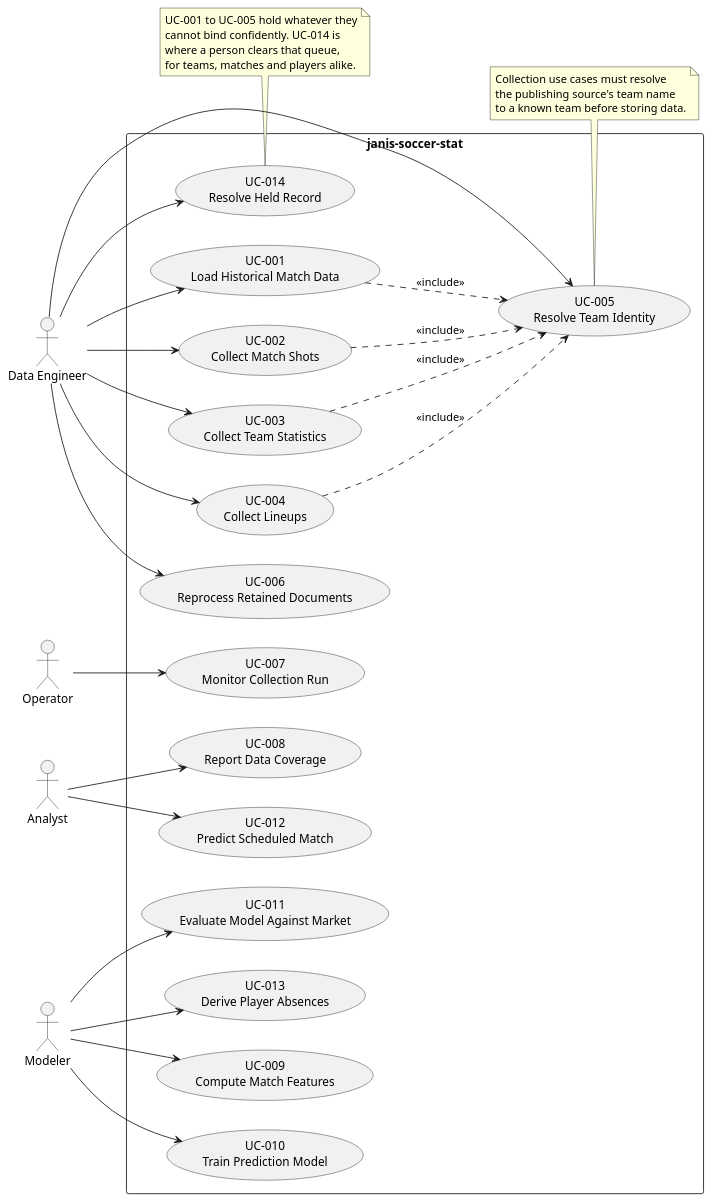
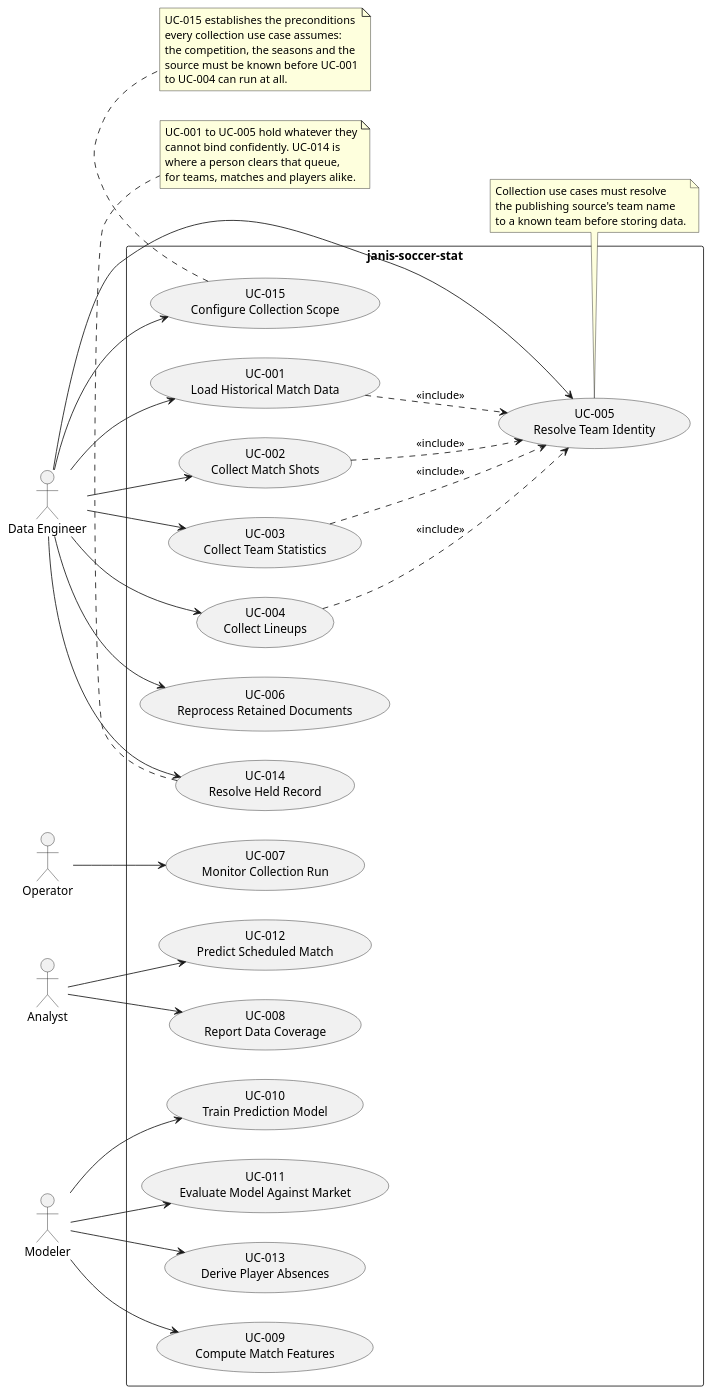
The diagram in docs/use_cases.puml (MrRios507/janis-soccer-stat), drawn with PlantUML before and after one commit. The commit also changed 5 other files, not shown here.

First line of the commit message:
Declare collection scope as a use case (UC-015)

```diff
--- a/docs/use_cases.puml
+++ b/docs/use_cases.puml
@@ -1,76 +1,87 @@
 @startuml Use Cases Overview
 left to right direction
 
 actor "Data Engineer" as engineer
 actor "Operator" as operator
 actor "Analyst" as analyst
 actor "Modeler" as modeler
 
 rectangle "janis-soccer-stat" {
     ' Traces to FR-001, FR-011, FR-012, FR-013
     usecase "UC-001\nLoad Historical Match Data" as UC001
     ' Traces to FR-002
     usecase "UC-002\nCollect Match Shots" as UC002
     ' Traces to FR-003
     usecase "UC-003\nCollect Team Statistics" as UC003
     ' Traces to FR-004
     usecase "UC-004\nCollect Lineups" as UC004
     ' Traces to FR-008, FR-009, FR-010
     usecase "UC-005\nResolve Team Identity" as UC005
     ' Traces to FR-006, FR-007
     usecase "UC-006\nReprocess Retained Documents" as UC006
     ' Traces to FR-005, FR-022
     usecase "UC-007\nMonitor Collection Run" as UC007
     ' Traces to FR-023, FR-024
     usecase "UC-008\nReport Data Coverage" as UC008
     ' Traces to FR-014, FR-015, FR-016
     usecase "UC-009\nCompute Match Features" as UC009
     ' Traces to FR-017, FR-018
     usecase "UC-010\nTrain Prediction Model" as UC010
     ' Traces to FR-020, FR-021
     usecase "UC-011\nEvaluate Model Against Market" as UC011
     ' Traces to FR-019
     usecase "UC-012\nPredict Scheduled Match" as UC012
     ' Traces to FR-025
     usecase "UC-013\nDerive Player Absences" as UC013
     ' Traces to FR-010
     usecase "UC-014\nResolve Held Record" as UC014
+    ' Traces to FR-026, FR-027, FR-028
+    usecase "UC-015\nConfigure Collection Scope" as UC015
 }
 
 engineer --> UC001
 engineer --> UC002
 engineer --> UC003
 engineer --> UC004
 engineer --> UC005
 engineer --> UC006
 engineer --> UC014
+engineer --> UC015
 
 operator --> UC007
 
 analyst --> UC008
 analyst --> UC012
 
 modeler --> UC009
 modeler --> UC010
 modeler --> UC011
 modeler --> UC013
 
 UC001 ..> UC005 : <<include>>
 UC002 ..> UC005 : <<include>>
 UC003 ..> UC005 : <<include>>
 UC004 ..> UC005 : <<include>>
 
 note bottom of UC005
   Collection use cases must resolve
   the publishing source's team name
   to a known team before storing data.
 end note
 
 note bottom of UC014
   UC-001 to UC-005 hold whatever they
   cannot bind confidently. UC-014 is
   where a person clears that queue,
   for teams, matches and players alike.
 end note
 
+note bottom of UC015
+  UC-015 establishes the preconditions
+  every collection use case assumes:
+  the competition, the seasons and the
+  source must be known before UC-001
+  to UC-004 can run at all.
+end note
+
 @enduml
```
